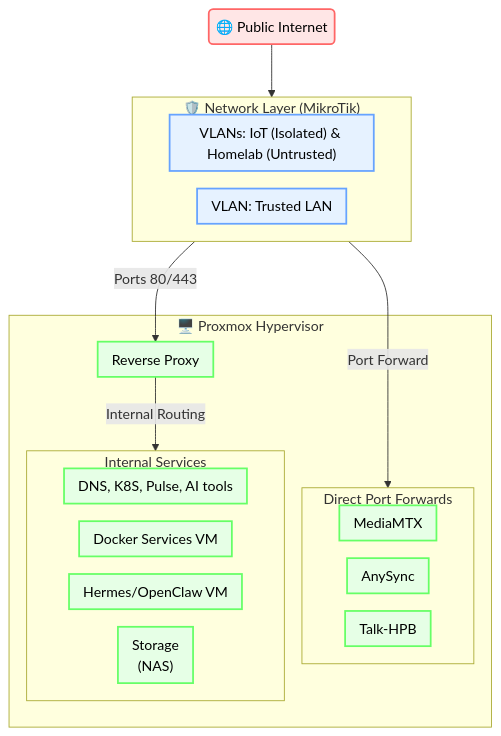
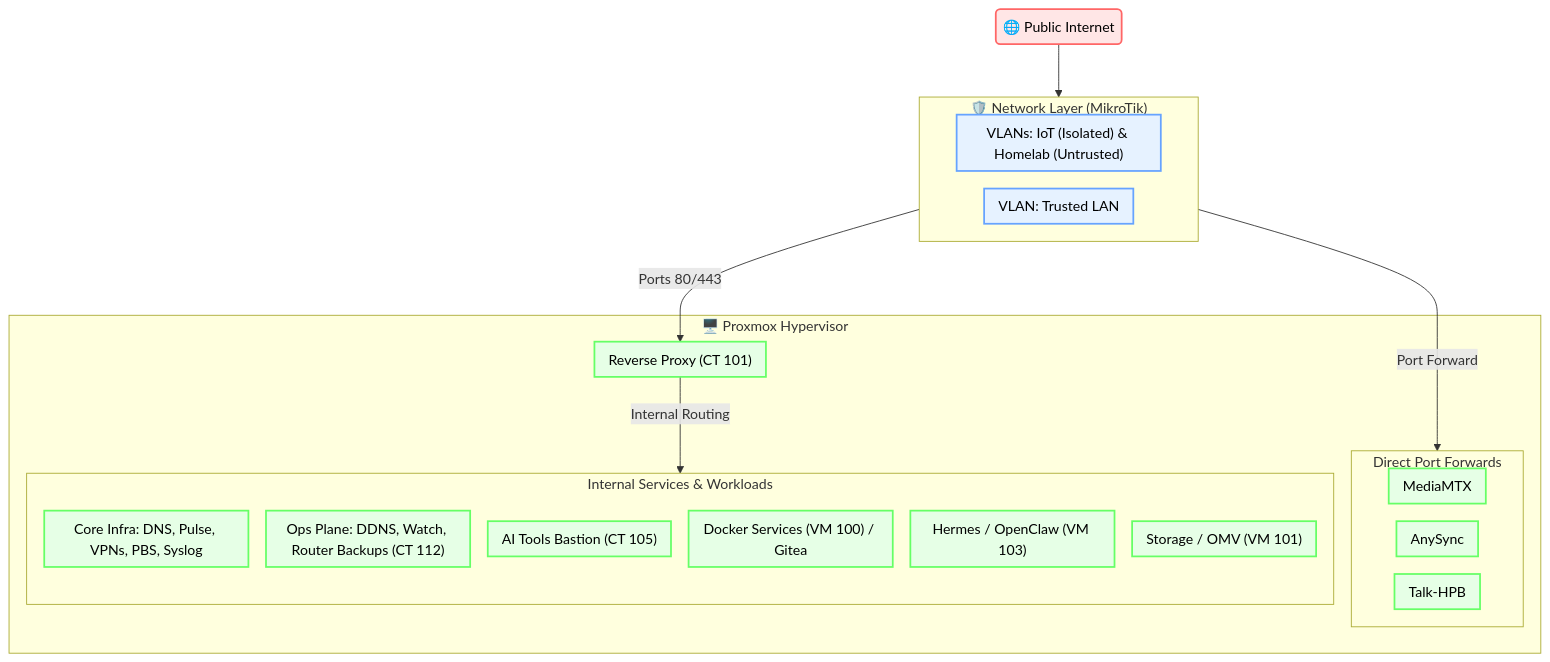
Before and after one commit to KnPk11/homelab: the diagram in README.md, drawn with Mermaid. The commit also changed other lines of this file, not shown here.

Commit message:
docs(readme): update architecture schematic with ops plane and polish tech stack

````diff
--- a/README.md
+++ b/README.md
@@ -27,41 +28,44 @@
 ```mermaid
 flowchart TD
     %%{init: {"flowchart": {"padding": 8, "nodeSpacing": 20, "rankSpacing": 60}}}%%
     
     WAN("🌐 Public Internet")
     
     subgraph Network["🛡️ Network Layer (MikroTik)"]
         VLAN_MIX["VLANs: IoT (Isolated) & Homelab (Untrusted)"]
         VLAN_LAN["VLAN: Trusted LAN"]
     end
 
     subgraph Compute["🖥️ Proxmox Hypervisor"]
-        Caddy["Reverse Proxy"]
+        Caddy["Reverse Proxy (CT 101)"]
         
         subgraph DirectPorts["Direct Port Forwards"]
             MediaMTX["MediaMTX"]
             AnySync["AnySync"]
             TalkHPB["Talk-HPB"]
         end
         
-        subgraph Services["Internal Services"]
-            L1["DNS, K8S, Pulse, AI tools"]
-            L2["Docker Services VM"]
-            L4["Hermes/OpenClaw VM"]
-            L3["Storage<br>(NAS)"]
+        subgraph Services["Internal Services & Workloads"]
+            direction TB
+            L1["Core Infra: DNS, Pulse, VPNs, PBS, Syslog"]
+            L5["Ops Plane: DDNS, Watch, Router Backups (CT 112)"]
+            L6["AI Tools Bastion (CT 105)"]
+            L2["Docker Services (VM 100) / Gitea"]
+            L4["Hermes / OpenClaw (VM 103)"]
+            L3["Storage / OMV (VM 101)"]
         end
     end
 
     WAN --> Network
     Network -->|Ports 80/443| Caddy
     Network -- "Port Forward" ---> DirectPorts
     Caddy -->|Internal Routing| Services
 
     classDef wanLayer fill:#ffe6e6,stroke:#ff6666,stroke-width:2px,color:#000;
     classDef netLayer fill:#e6f2ff,stroke:#66a3ff,stroke-width:2px,color:#000;
     classDef compLayer fill:#e6ffe6,stroke:#66ff66,stroke-width:2px,color:#000;
 
     class WAN wanLayer;
     class VLAN_MIX,VLAN_LAN netLayer;
-    class Caddy,MediaMTX,AnySync,TalkHPB,L1,L2,L3,L4 compLayer;
+    class Caddy,MediaMTX,AnySync,TalkHPB,L1,L2,L3,L4,L5,L6 compLayer;
 ```
````
